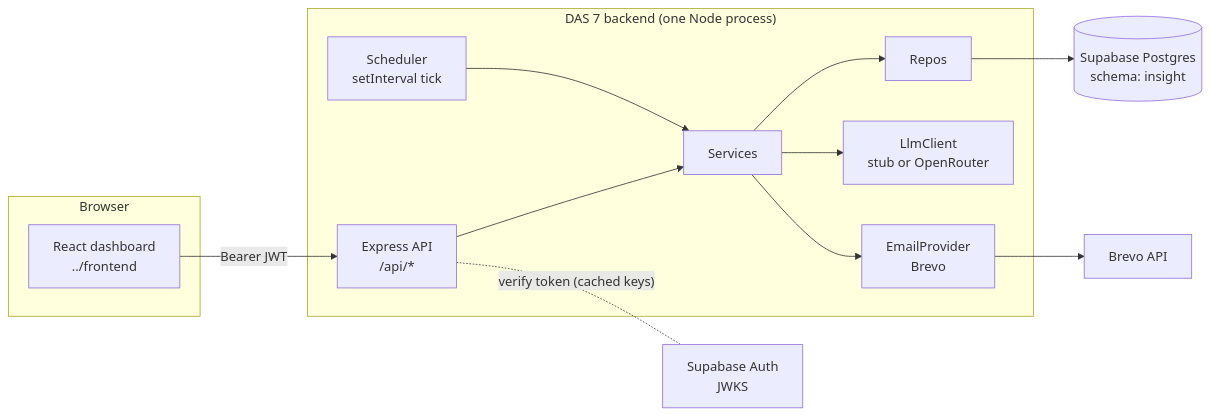
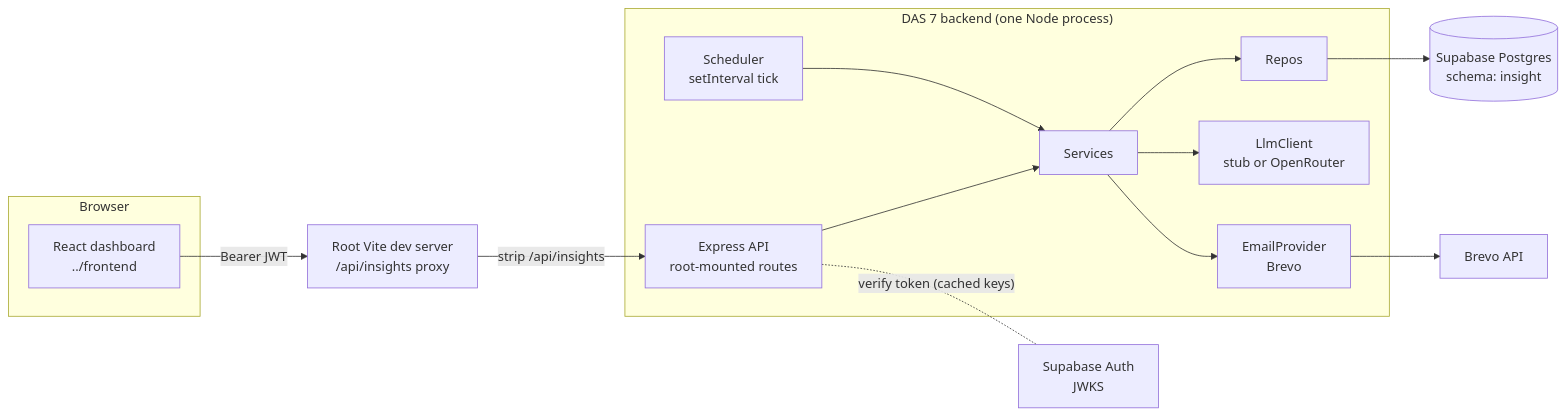
The first of 2 diagrams in DAS_7/backend/docs/ARCHITECTURE.md (Bwooonggg/ESC-C2T5), drawn with Mermaid before and after one commit. The commit also changed other lines of this file and 44 other files, not shown here.

````diff
--- a/DAS_7/backend/docs/ARCHITECTURE.md
+++ b/DAS_7/backend/docs/ARCHITECTURE.md
@@ -42,27 +42,29 @@
 ```mermaid
 flowchart LR
     subgraph Browser
         FE[React dashboard\n../frontend]
     end
+    VITE[Root Vite dev server\n/api/insights proxy]
     subgraph Backend["DAS 7 backend (one Node process)"]
-        API[Express API\n/api/*]
+        API[Express API\nroot-mounted routes]
         SCHED[Scheduler\nsetInterval tick]
         SVC[Services]
         REPOS[Repos]
         LLM[LlmClient\nstub or OpenRouter]
         MAIL[EmailProvider\nBrevo]
     end
     DB[(Supabase Postgres\nschema: insight)]
     AUTH[Supabase Auth\nJWKS]
     BREVO[Brevo API]
 
-    FE -- "Bearer JWT" --> API
+    FE -- "Bearer JWT" --> VITE
+    VITE -- "strip /api/insights" --> API
     API --> SVC
     SCHED --> SVC
     SVC --> REPOS
     SVC --> LLM
     SVC --> MAIL
     REPOS --> DB
     API -. "verify token (cached keys)" .- AUTH
     MAIL --> BREVO
 ```
````
